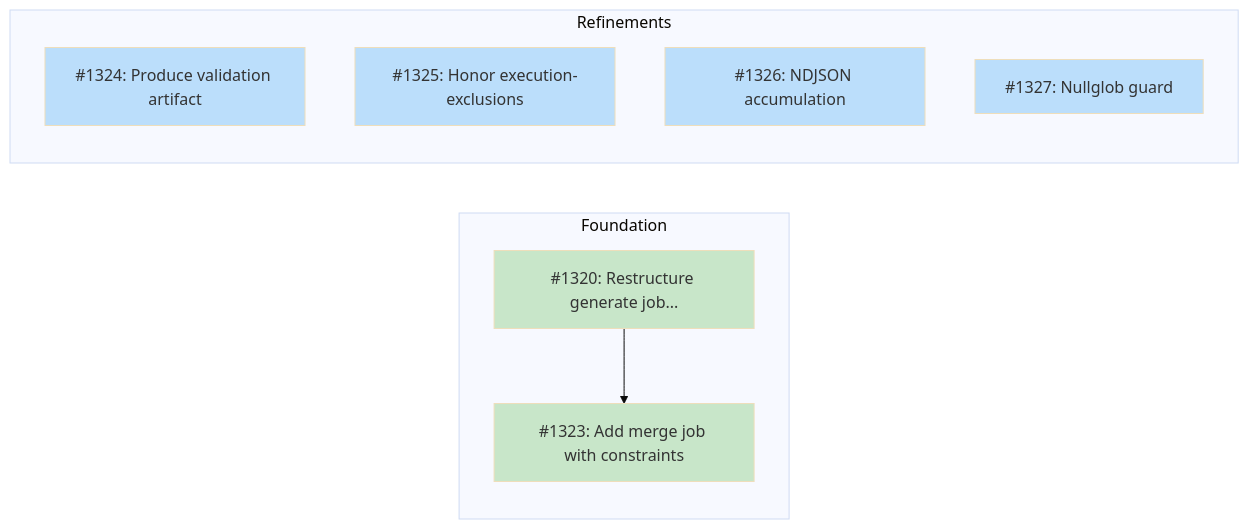
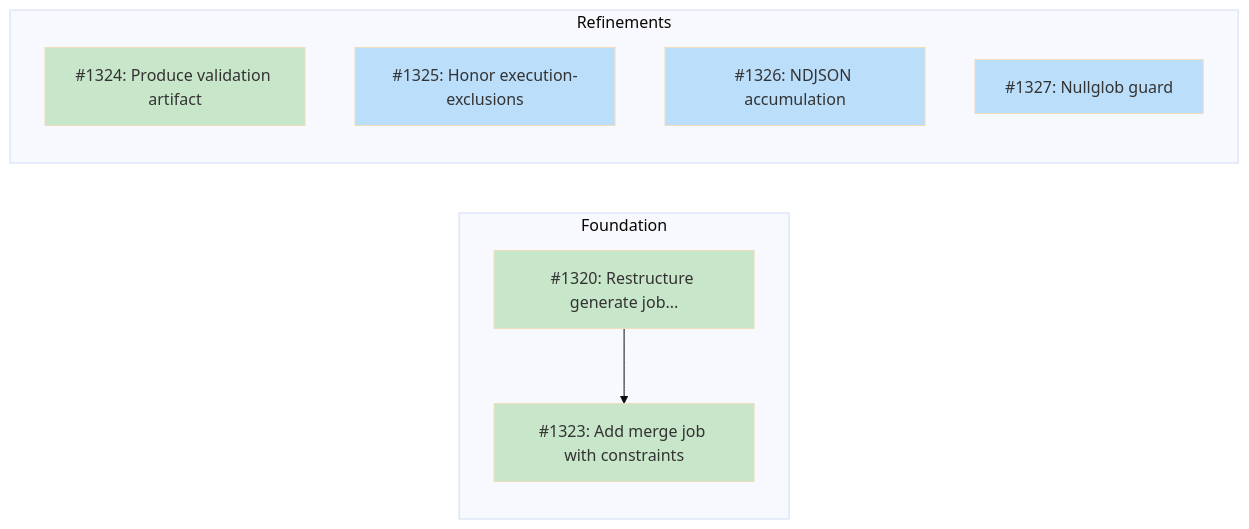
The diagram in docs/designs/DESIGN-batch-platform-validation.md (tsukumogami/tsuku), drawn with Mermaid (base theme) before and after one commit. The commit also changed other lines of this file and 1 other file, not shown here.

Commit message:
ci(batch): produce generate job validation result artifact
Add validation results artifact to the generate job so the merge job
can include the generation environment's (linux-debian-glibc-x86_64)
pass/fail data when aggregating platform results.

The generate job now:
1. Creates validation-results-linux-debian-glibc-x86_64.json with
   entries for each recipe that passed generation
2. Uploads the artifact alongside passing-recipes and tsuku-binaries

This provides the 13th data point (generation environment) to the
merge job's constraint derivation, ensuring recipes that pass only
the generation environment get accurate constraints rather than
being excluded entirely.

Fixes #1324

````diff
--- a/docs/designs/DESIGN-batch-platform-validation.md
+++ b/docs/designs/DESIGN-batch-platform-validation.md
@@ -43,24 +43,24 @@
 ```mermaid
 graph LR
     subgraph Foundation["Foundation"]
         I1320["#1320: Restructure generate job..."]
         I1323["#1323: Add merge job with constraints"]
     end
 
     subgraph Refinements["Refinements"]
         I1324["#1324: Produce validation artifact"]
         I1325["#1325: Honor execution-exclusions"]
         I1326["#1326: NDJSON accumulation"]
         I1327["#1327: Nullglob guard"]
     end
 
     I1320 --> I1323
 
     classDef done fill:#c8e6c9
     classDef ready fill:#bbdefb
     classDef blocked fill:#fff9c4
     classDef needsDesign fill:#e1bee7
 
-    class I1320,I1323 done
-    class I1324,I1325,I1326,I1327 ready
+    class I1320,I1323,I1324 done
+    class I1325,I1326,I1327 ready
 ```
````
